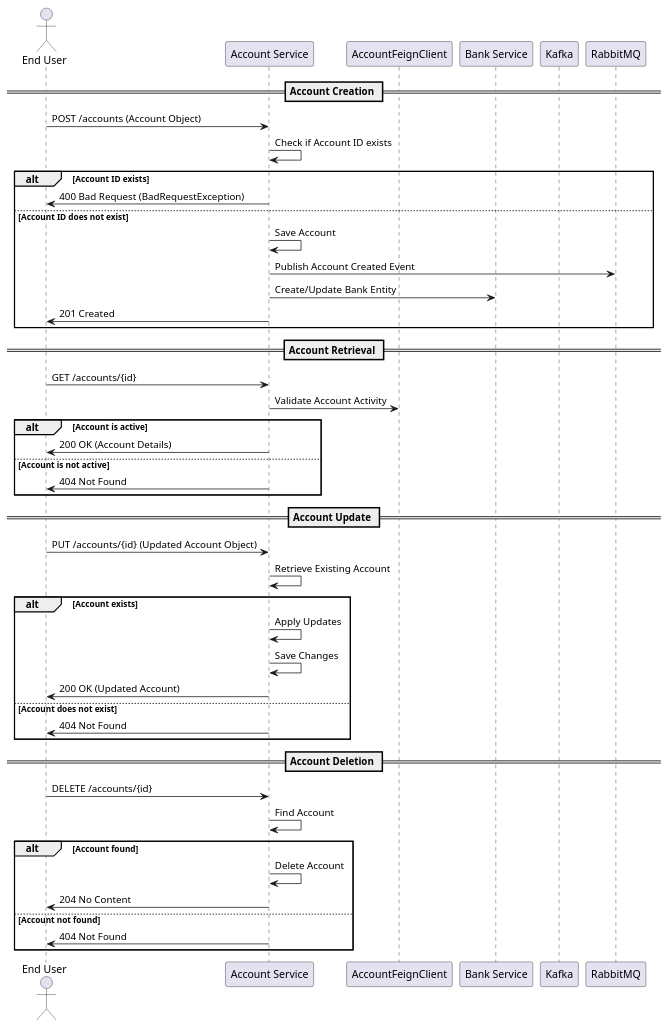
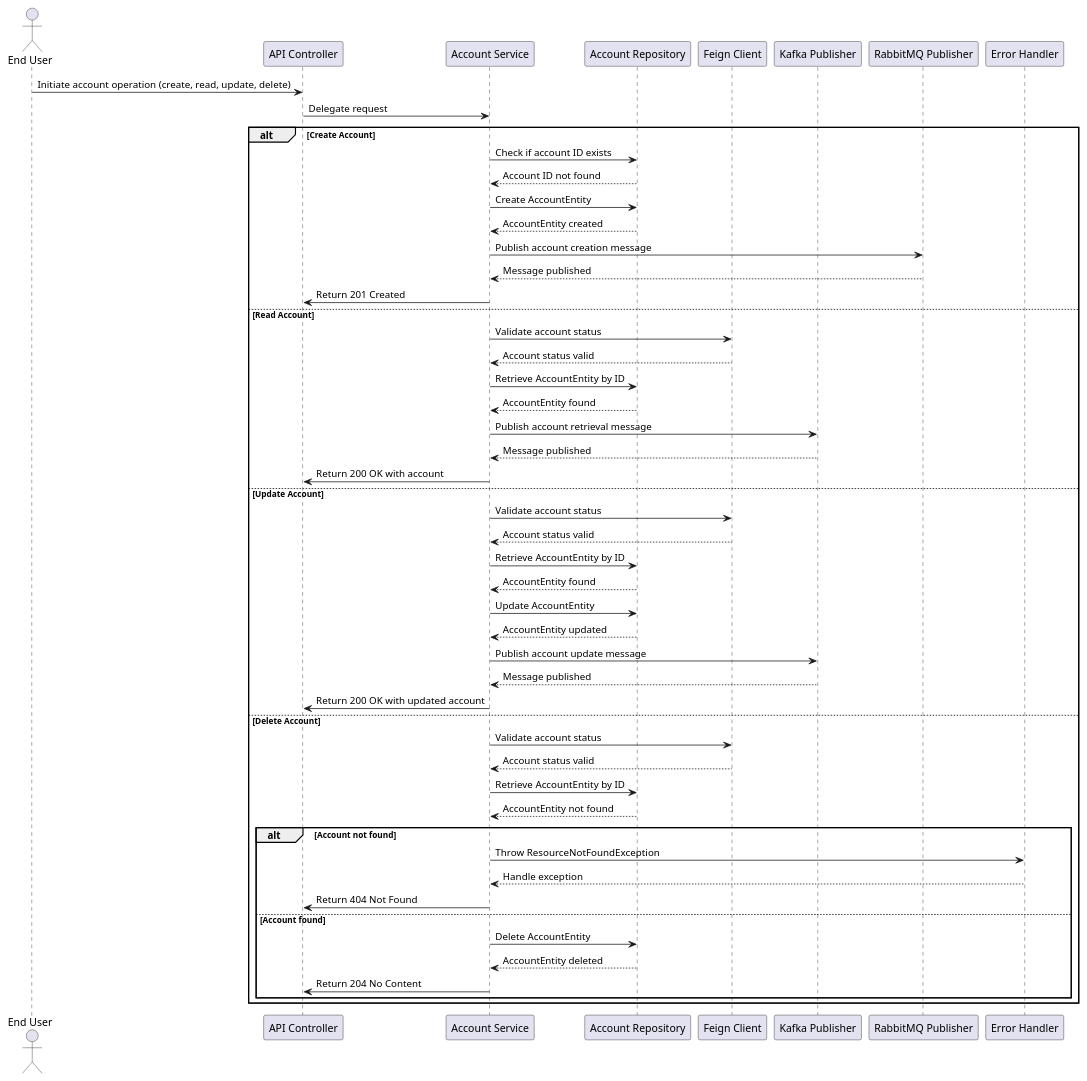
One commit to Bhaskar-Pavan/AccountService changed the diagram in design_document/Account_service.md. Above: the diagram before and after it, drawn with PlantUML. The commit also changed other lines of this file, not shown here.

````diff
--- a/design_document/Account_service.md
+++ b/design_document/Account_service.md
@@ -44,53 +46,59 @@
 ```plantuml
 @startuml
 actor "End User" as User
+participant "API Controller" as API
 participant "Account Service" as AccountService
-participant "AccountFeignClient" as FeignClient
-participant "Bank Service" as BankService
-participant "Kafka" as Kafka
-participant "RabbitMQ" as RabbitMQ
+participant "Account Repository" as AccountRepo
+participant "Feign Client" as FeignClient
+participant "Kafka Publisher" as Kafka
+participant "RabbitMQ Publisher" as RabbitMQ
+participant "Error Handler" as ErrorHandler
 
-== Account Creation ==
-User -> AccountService: POST /accounts (Account Object)
-AccountService -> AccountService: Check if Account ID exists
-alt Account ID exists
-    AccountService -> User: 400 Bad Request (BadRequestException)
-else Account ID does not exist
-    AccountService -> AccountService: Save Account
-    AccountService -> RabbitMQ: Publish Account Created Event
-    AccountService -> BankService: Create/Update Bank Entity
-    AccountService -> User: 201 Created
-end
+User -> API : Initiate account operation (create, read, update, delete)
 
-== Account Retrieval ==
-User -> AccountService: GET /accounts/{id}
-AccountService -> FeignClient: Validate Account Activity
-alt Account is active
-    AccountService -> User: 200 OK (Account Details)
-else Account is not active
-    AccountService -> User: 404 Not Found
-end
+API -> AccountService : Delegate request
 
-== Account Update ==
-User -> AccountService: PUT /accounts/{id} (Updated Account Object)
-AccountService -> AccountService: Retrieve Existing Account
-alt Account exists
-    AccountService -> AccountService: Apply Updates
-    AccountService -> AccountService: Save Changes
-    AccountService -> User: 200 OK (Updated Account)
-else Account does not exist
-    AccountService -> User: 404 Not Found
-end
-
-== Account Deletion ==
-User -> AccountService: DELETE /accounts/{id}
-AccountService -> AccountService: Find Account
-alt Account found
-    AccountService -> AccountService: Delete Account
-    AccountService -> User: 204 No Content
-else Account not found
-    AccountService -> User: 404 Not Found
+alt Create Account
+    AccountService -> AccountRepo : Check if account ID exists
+    AccountRepo --> AccountService : Account ID not found
+    AccountService -> AccountRepo : Create AccountEntity
+    AccountRepo --> AccountService : AccountEntity created
+    AccountService -> RabbitMQ : Publish account creation message
+    RabbitMQ --> AccountService : Message published
+    AccountService -> API : Return 201 Created
+else Read Account
+    AccountService -> FeignClient : Validate account status
+    FeignClient --> AccountService : Account status valid
+    AccountService -> AccountRepo : Retrieve AccountEntity by ID
+    AccountRepo --> AccountService : AccountEntity found
+    AccountService -> Kafka : Publish account retrieval message
+    Kafka --> AccountService : Message published
+    AccountService -> API : Return 200 OK with account
+else Update Account
+    AccountService -> FeignClient : Validate account status
+    FeignClient --> AccountService : Account status valid
+    AccountService -> AccountRepo : Retrieve AccountEntity by ID
+    AccountRepo --> AccountService : AccountEntity found
+    AccountService -> AccountRepo : Update AccountEntity
+    AccountRepo --> AccountService : AccountEntity updated
+    AccountService -> Kafka : Publish account update message
+    Kafka --> AccountService : Message published
+    AccountService -> API : Return 200 OK with updated account
+else Delete Account
+    AccountService -> FeignClient : Validate account status
+    FeignClient --> AccountService : Account status valid
+    AccountService -> AccountRepo : Retrieve AccountEntity by ID
+    AccountRepo --> AccountService : AccountEntity not found
+    alt Account not found
+        AccountService -> ErrorHandler : Throw ResourceNotFoundException
+        ErrorHandler --> AccountService : Handle exception
+        AccountService -> API : Return 404 Not Found
+    else Account found
+        AccountService -> AccountRepo : Delete AccountEntity
+        AccountRepo --> AccountService : AccountEntity deleted
+        AccountService -> API : Return 204 No Content
+    end
 end
 
 @enduml
 ```
````
